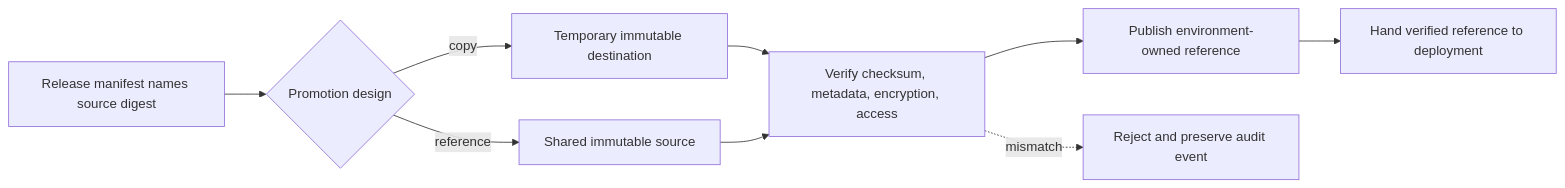
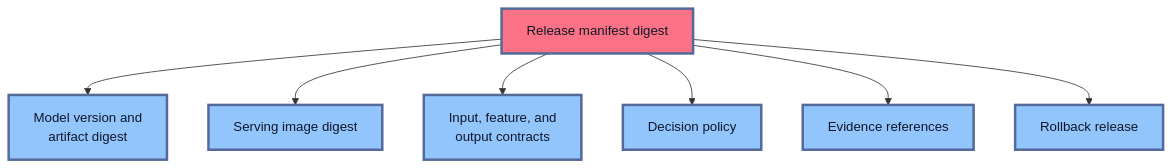
One commit to senlinyy/dev-roadmaps changed the second of 7 diagrams in roadmaps/mlops/modules/deployment-and-release-management/model-release-basics/03-artifact-promotion.md. Above: the diagram before and after it, drawn with Mermaid. The commit also changed other lines of this file and 198 other files, not shown here.

````diff
--- a/roadmaps/mlops/modules/deployment-and-release-management/model-release-basics/03-artifact-promotion.md
+++ b/roadmaps/mlops/modules/deployment-and-release-management/model-release-basics/03-artifact-promotion.md
@@ -29,11 +94,14 @@
 ```mermaid
-flowchart LR
-    R["Release manifest names source digest"] --> P{"Promotion design"}
-    P -->|copy| C["Temporary immutable destination"]
-    P -->|reference| S["Shared immutable source"]
-    C --> V["Verify checksum, metadata, encryption, access"]
-    S --> V
-    V --> D["Publish environment-owned reference"]
-    V -. "mismatch" .-> X["Reject and preserve audit event"]
-    D --> H["Hand verified reference to deployment"]
+flowchart TD
+    R["Release manifest digest"] --> M["Model version and<br/>artifact digest"]
+    R --> I["Serving image digest"]
+    R --> C["Input, feature, and<br/>output contracts"]
+    R --> P["Decision policy"]
+    R --> E["Evidence references"]
+    R --> B["Rollback release"]
+
+    classDef release fill:#FB7185,stroke:#536A9A,stroke-width:3px,color:#111827
+    classDef part fill:#93C5FD,stroke:#536A9A,stroke-width:3px,color:#0F172A
+    class R release
+    class M,I,C,P,E,B part
 ```
````
